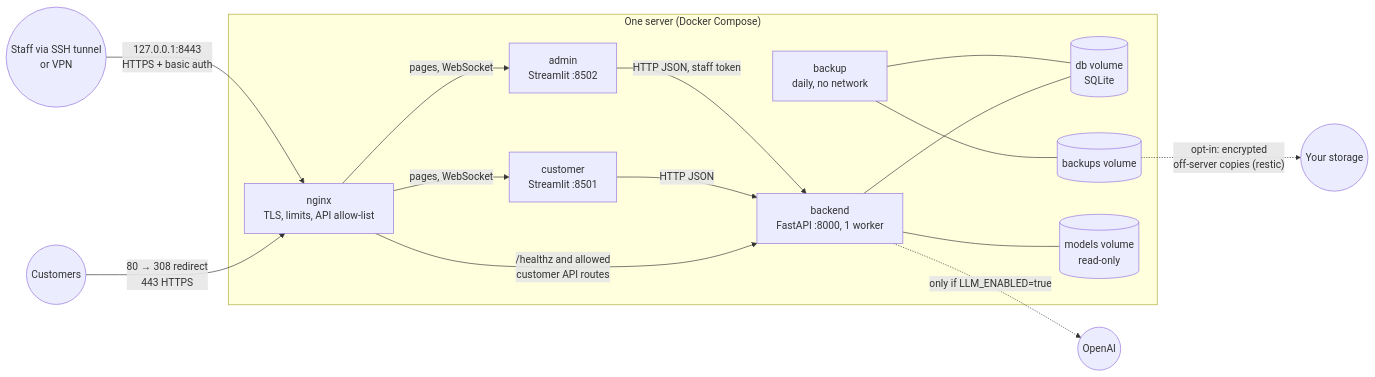
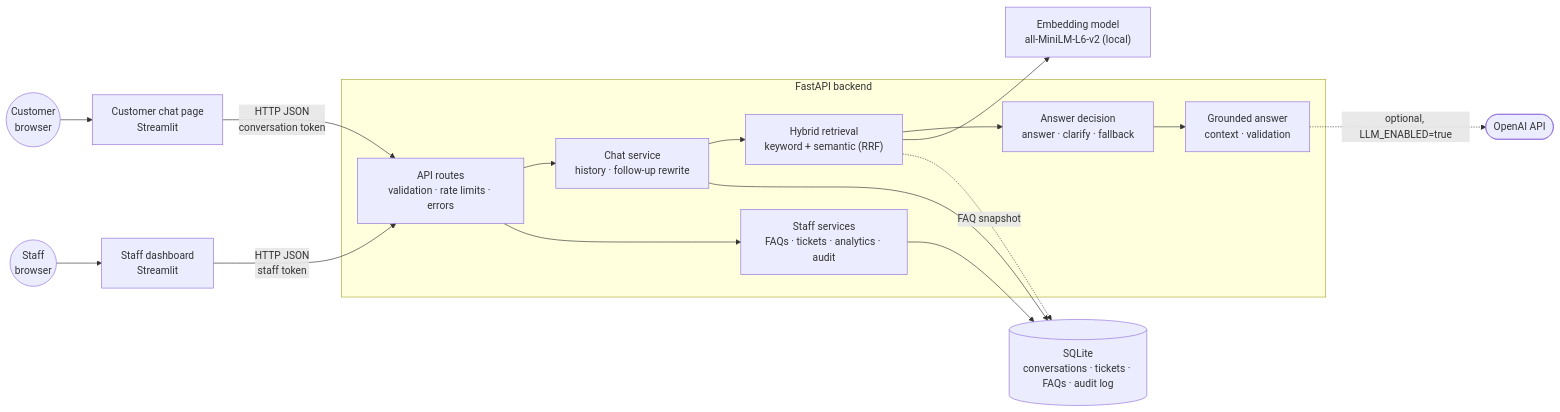
One commit to pankajr03/ai-customer-support-chatbot changed the first of 2 diagrams in README.md. Above: the diagram before and after it, drawn with Mermaid. The commit also changed other lines of this file and 9 other files, not shown here.

Commit message:
docs: rewrite the README as a concise project overview with features, architecture and answer workflow diagrams, setup, configuration, run, Docker, testing, security, limitations and roadmap, move the full previous README to docs/developer-guide.md, and point links and messages at the new locations

````diff
--- a/README.md
+++ b/README.md
@@ -247,26 +102,22 @@
 ```mermaid
 flowchart LR
-    Internet(("Customers")) -- "80 → 308 redirect<br/>443 HTTPS" --> Nginx
-    Staff(("Staff via SSH tunnel<br/>or VPN")) -- "127.0.0.1:8443<br/>HTTPS + basic auth" --> Nginx
-    subgraph host["One server (Docker Compose)"]
-        Nginx["nginx<br/>TLS, limits, API allow-list"]
-        Customer["customer<br/>Streamlit :8501"]
-        Admin["admin<br/>Streamlit :8502"]
-        Backend["backend<br/>FastAPI :8000, 1 worker"]
-        Backup["backup<br/>daily, no network"]
-        DB[("db volume<br/>SQLite")]
-        Backups[("backups volume")]
-        Models[("models volume<br/>read-only")]
+    Customer(("Customer<br/>browser")) --> Page["Customer chat page<br/>Streamlit"]
+    Staff(("Staff<br/>browser")) --> Dash["Staff dashboard<br/>Streamlit"]
+    Page -- "HTTP JSON<br/>conversation token" --> API
+    Dash -- "HTTP JSON<br/>staff token" --> API
+    subgraph Backend["FastAPI backend"]
+        API["API routes<br/>validation · rate limits · errors"]
+        Chat["Chat service<br/>history · follow-up rewrite"]
+        Retr["Hybrid retrieval<br/>keyword + semantic (RRF)"]
+        Dec["Answer decision<br/>answer · clarify · fallback"]
+        Gen["Grounded answer<br/>context · validation"]
+        Admin["Staff services<br/>FAQs · tickets · analytics · audit"]
+        API --> Chat --> Retr --> Dec --> Gen
+        API --> Admin
     end
-    Nginx -- "pages, WebSocket" --> Customer
-    Nginx -- "pages, WebSocket" --> Admin
-    Nginx -- "/healthz and allowed<br/>customer API routes" --> Backend
-    Customer -- "HTTP JSON" --> Backend
-    Admin -- "HTTP JSON, staff token" --> Backend
-    Backend --- DB
-    Backend --- Models
-    Backup --- DB
-    Backup --- Backups
-    Backups -. "opt-in: encrypted<br/>off-server copies (restic)" .-> Offsite(("Your storage"))
-    Backend -. "only if LLM_ENABLED=true" .-> OpenAI(("OpenAI"))
+    Retr --> Model["Embedding model<br/>all-MiniLM-L6-v2 (local)"]
+    Gen -. "optional, LLM_ENABLED=true" .-> OpenAI(["OpenAI API"])
+    Chat --> DB[("SQLite<br/>conversations · tickets · FAQs · audit log")]
+    Admin --> DB
+    Retr -. "FAQ snapshot" .-> DB
 ```
````
